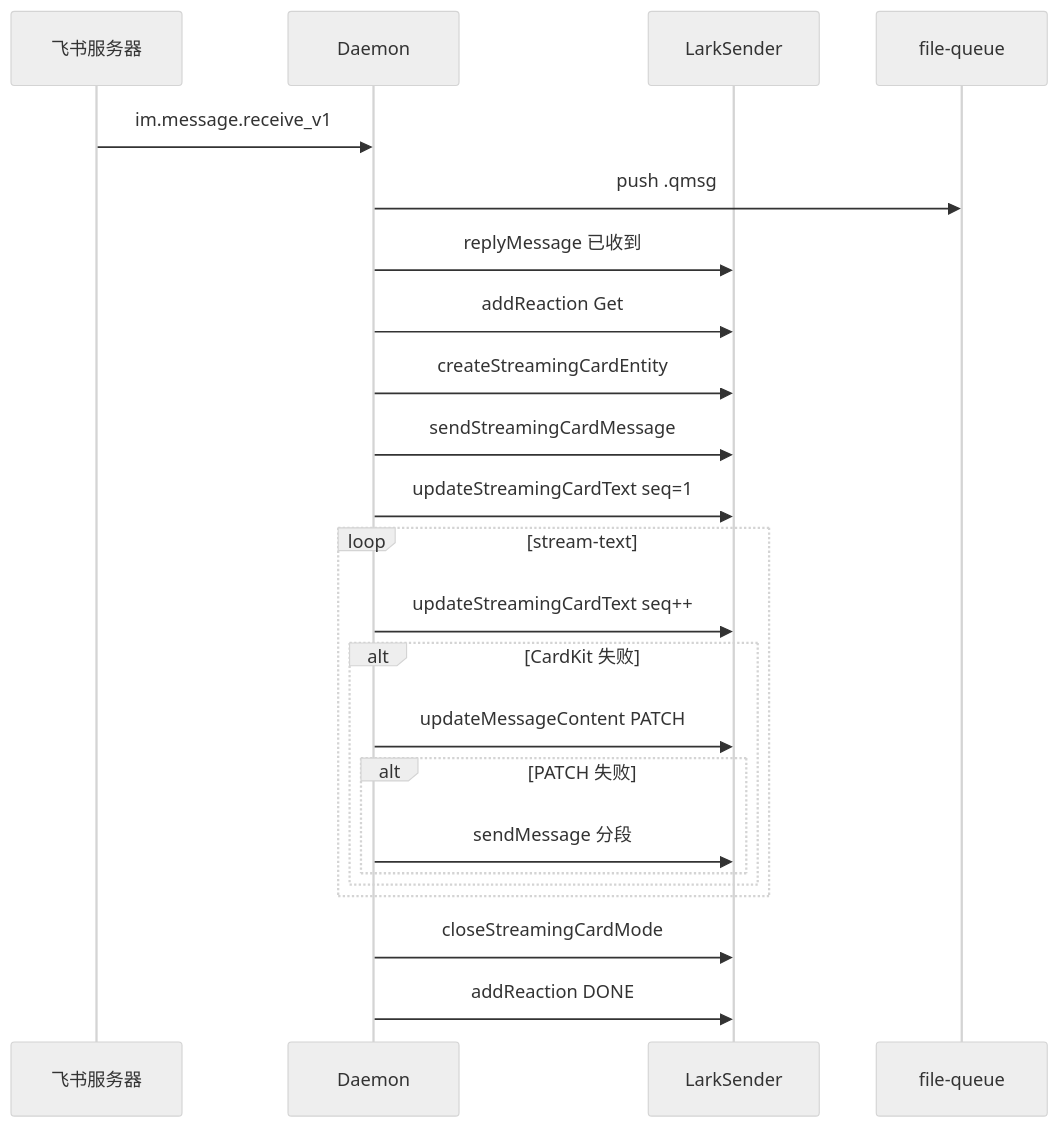
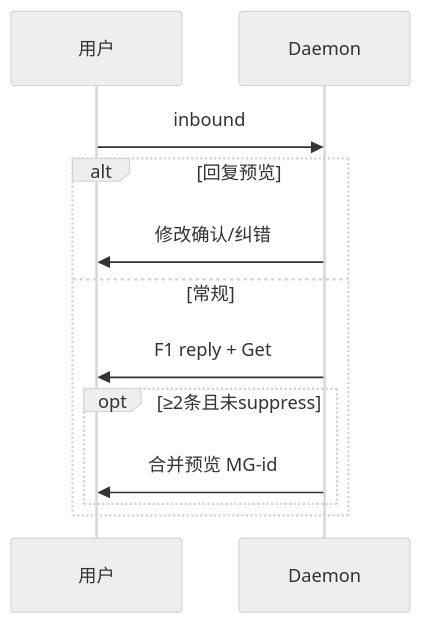
One commit to lk-eternal/cursor-claw changed the diagram in knowledge/业务域/消息桥接/02-飞书通道.md. Above: the diagram before and after it, drawn with Mermaid (neutral theme). The commit also changed other lines of this file and 21 other files, not shown here.

````diff
--- a/knowledge/业务域/消息桥接/02-飞书通道.md
+++ b/knowledge/业务域/消息桥接/02-飞书通道.md
@@ -28,25 +28,14 @@
 ```mermaid
 sequenceDiagram
-  participant FS as 飞书服务器
+  participant U as 用户
   participant D as Daemon
-  participant LS as LarkSender
-  participant Q as file-queue
-  FS->>D: im.message.receive_v1
-  D->>Q: push .qmsg
-  D->>LS: replyMessage 已收到
-  D->>LS: addReaction Get
-  D->>LS: createStreamingCardEntity
-  D->>LS: sendStreamingCardMessage
-  D->>LS: updateStreamingCardText seq=1
-  loop stream-text
-    D->>LS: updateStreamingCardText seq++
-    alt CardKit 失败
-      D->>LS: updateMessageContent PATCH
-      alt PATCH 失败
-        D->>LS: sendMessage 分段
-      end
+  U->>D: inbound
+  alt 回复预览
+    D->>U: 修改确认/纠错
+  else 常规
+    D->>U: F1 reply + Get
+    opt ≥2条且未suppress
+      D->>U: 合并预览 MG-id
     end
   end
-  D->>LS: closeStreamingCardMode
-  D->>LS: addReaction DONE
 ```
````
